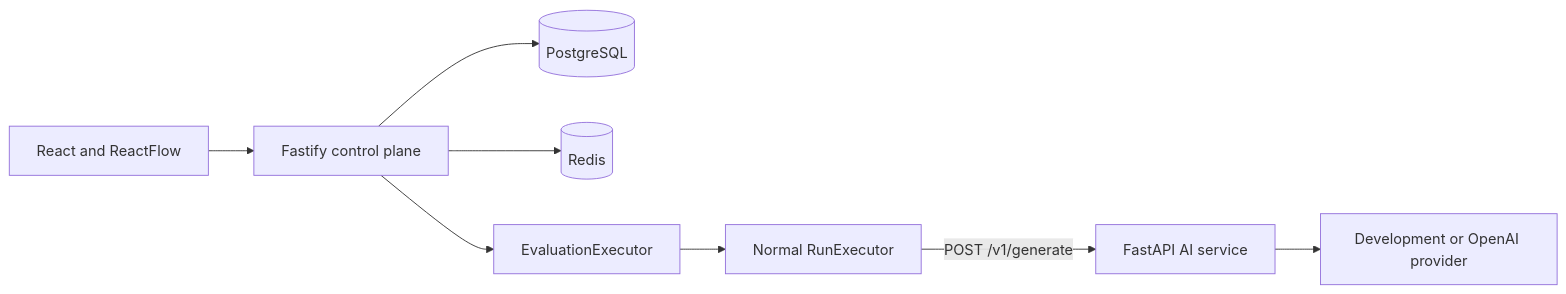
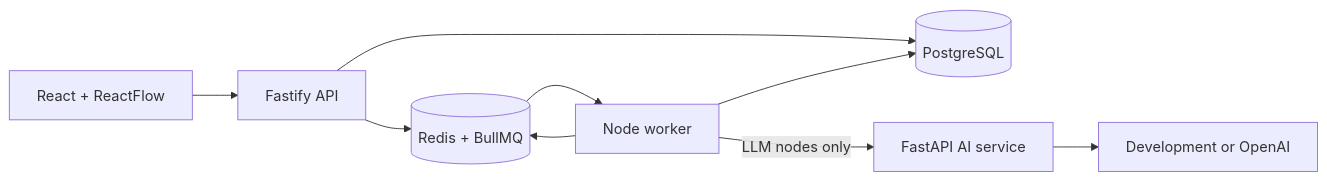
Before and after one commit to hafiz475/agentops-ai-workflow-platform: the diagram in README.md, drawn with Mermaid. The commit also changed other lines of this file and 32 other files, not shown here.

````diff
--- a/README.md
+++ b/README.md
@@ -24,10 +25,11 @@
 ```mermaid
 flowchart LR
-  Browser[React and ReactFlow] --> API[Fastify control plane]
+  Browser[React + ReactFlow] --> API[Fastify API]
   API --> DB[(PostgreSQL)]
-  API --> Redis[(Redis)]
-  API --> Eval[EvaluationExecutor]
-  Eval --> Run[Normal RunExecutor]
-  Run -->|POST /v1/generate| AI[FastAPI AI service]
-  AI --> Provider[Development or OpenAI provider]
+  API --> Queue[(Redis + BullMQ)]
+  Queue --> Worker[Node worker]
+  Worker --> DB
+  Worker -->|LLM nodes only| AI[FastAPI AI service]
+  Worker --> Queue
+  AI --> Provider[Development or OpenAI]
 ```
````
